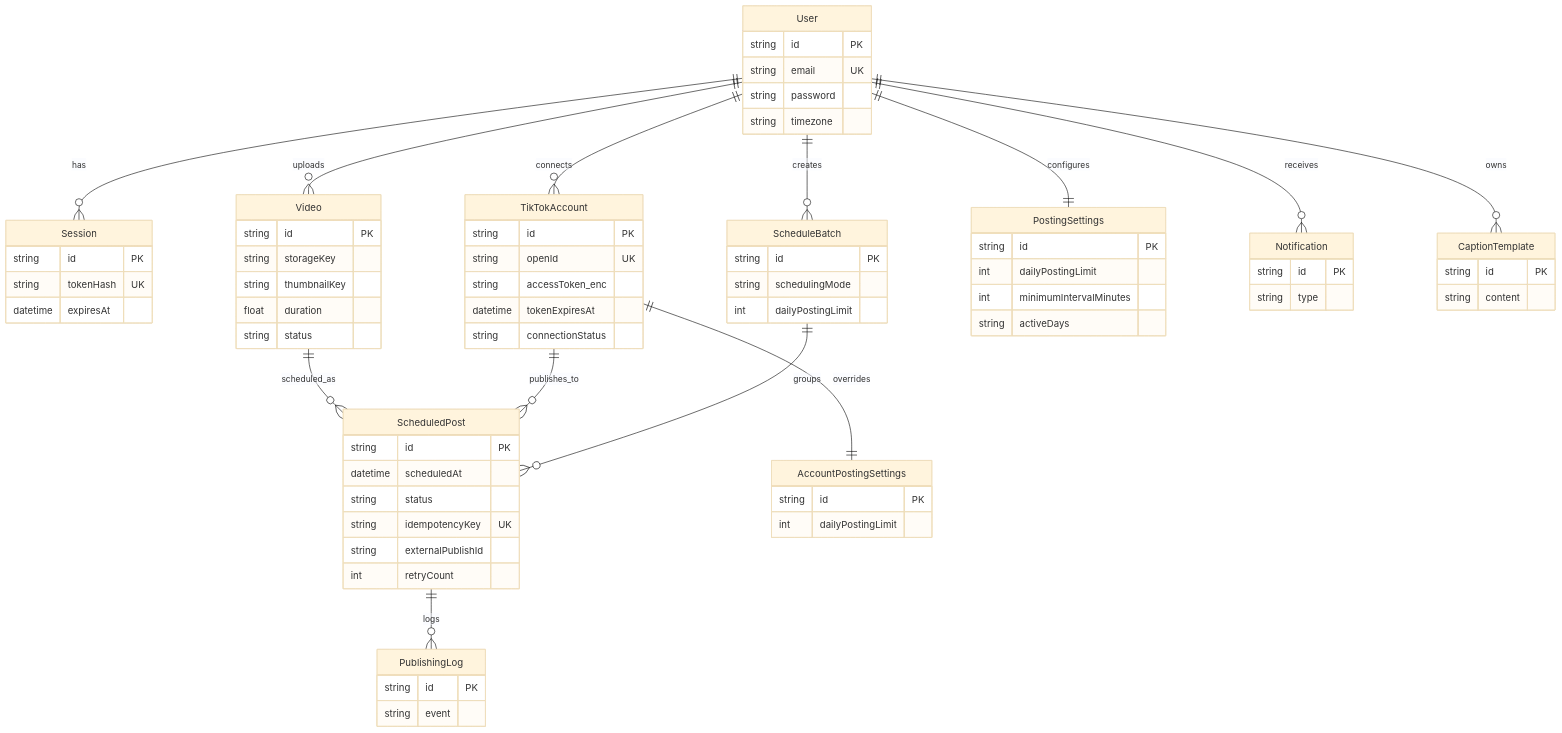
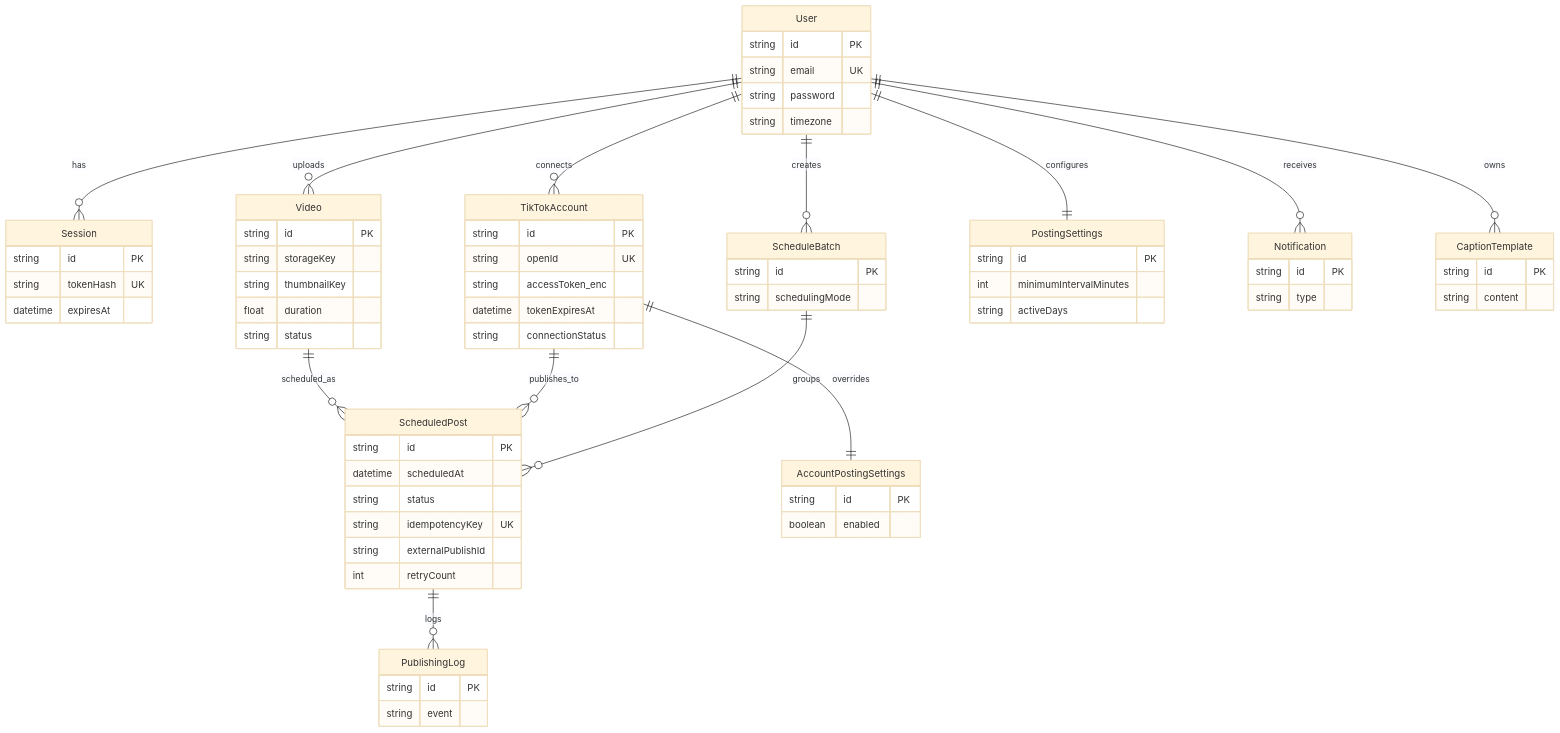
Before and after one commit to kasfulk/tiktok-scheduler: the second of 3 diagrams in SYSTEM_DESIGN.md, drawn with Mermaid (base theme). The commit also changed 26 other files, not shown here.

Commit message:
feat(scheduling): remove the daily posting limit

````diff
--- a/SYSTEM_DESIGN.md
+++ b/SYSTEM_DESIGN.md
@@ -77,54 +77,52 @@
 ```mermaid
 erDiagram
   User ||--o{ Session : has
   User ||--o{ TikTokAccount : connects
   User ||--o{ Video : uploads
   User ||--o{ ScheduleBatch : creates
   User ||--|| PostingSettings : configures
   User ||--o{ Notification : receives
   User ||--o{ CaptionTemplate : owns
   Video ||--o{ ScheduledPost : scheduled_as
   TikTokAccount ||--o{ ScheduledPost : publishes_to
   TikTokAccount ||--|| AccountPostingSettings : overrides
   ScheduleBatch ||--o{ ScheduledPost : groups
   ScheduledPost ||--o{ PublishingLog : logs
 
   User { string id PK
          string email UK
          string password
          string timezone }
   Session { string id PK
             string tokenHash UK
             datetime expiresAt }
   TikTokAccount { string id PK
                   string openId UK
                   string accessToken_enc
                   datetime tokenExpiresAt
                   string connectionStatus }
   Video { string id PK
           string storageKey
           string thumbnailKey
           float duration
           string status }
   ScheduledPost { string id PK
                   datetime scheduledAt
                   string status
                   string idempotencyKey UK
                   string externalPublishId
                   int retryCount }
   ScheduleBatch { string id PK
-                  string schedulingMode
-                  int dailyPostingLimit }
+                  string schedulingMode }
   PostingSettings { string id PK
-                    int dailyPostingLimit
                     int minimumIntervalMinutes
                     string activeDays }
   AccountPostingSettings { string id PK
-                           int dailyPostingLimit }
+                           boolean enabled }
   PublishingLog { string id PK
                   string event }
   Notification { string id PK
                  string type }
   CaptionTemplate { string id PK
                     string content }
 ```
````
